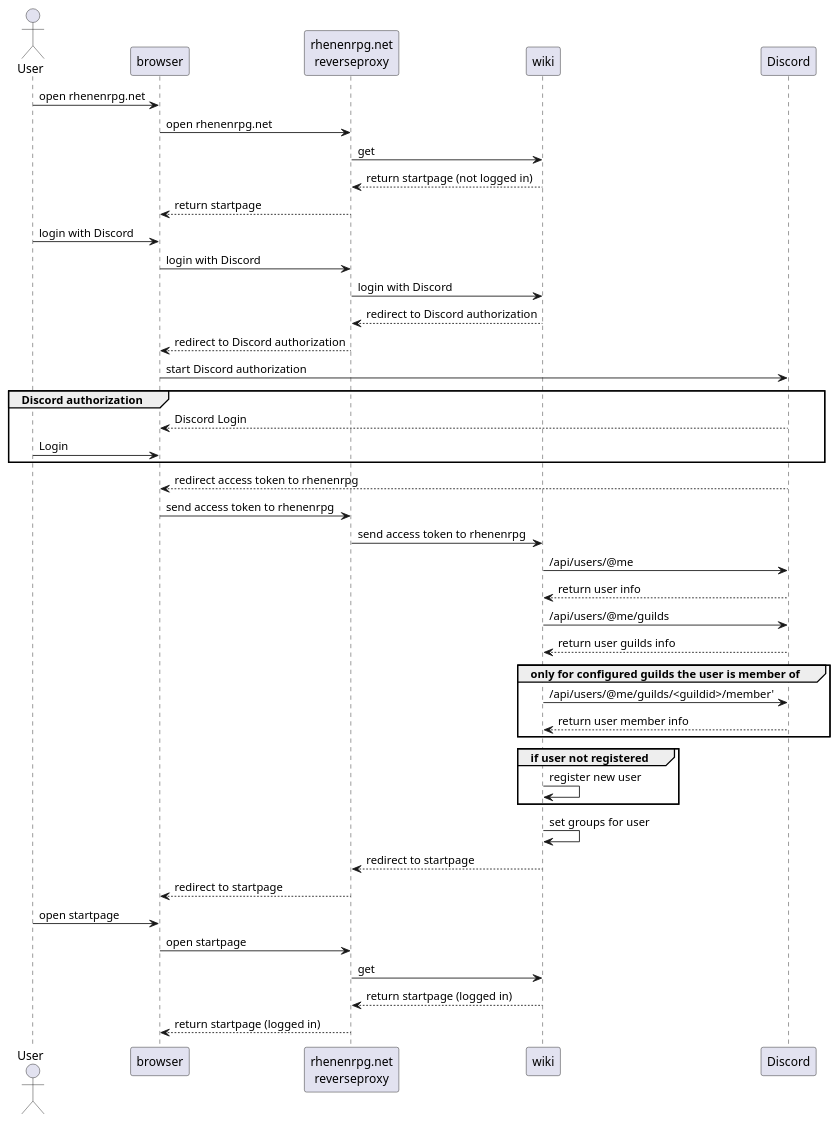
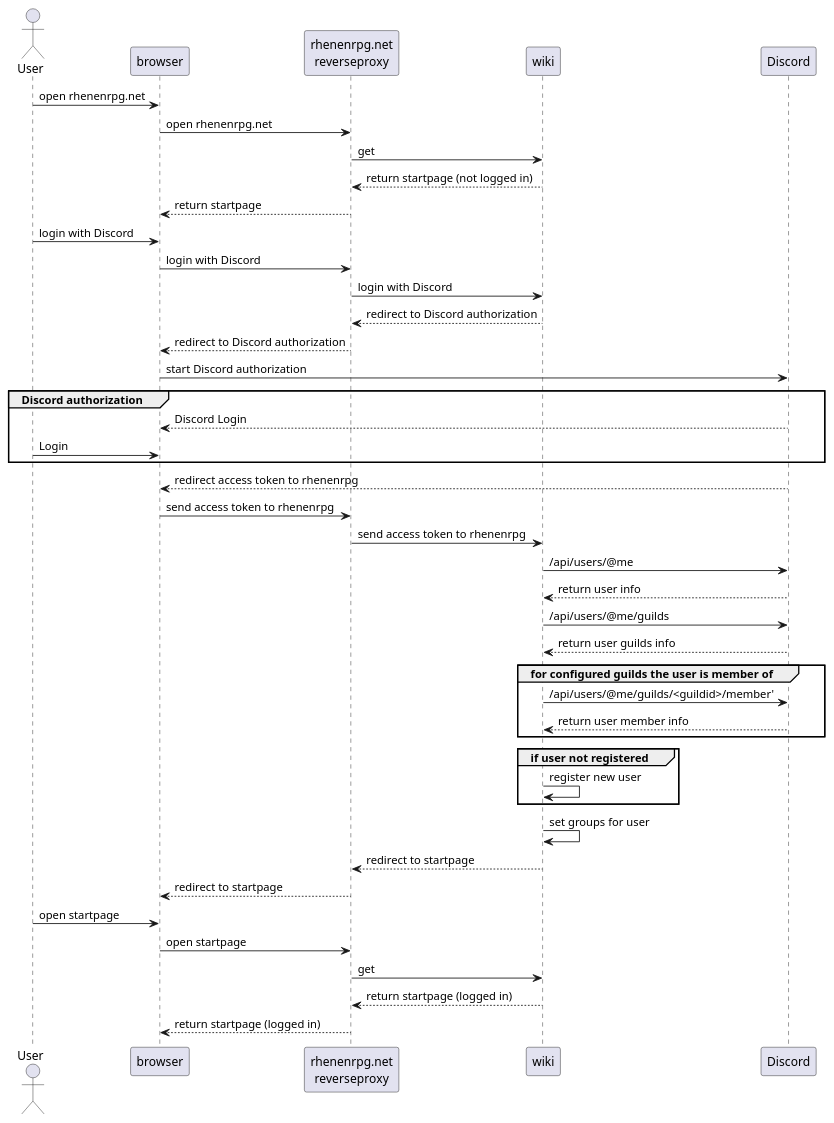
Before and after one commit to rhenenrpg/rhenenrpg.github.io: the diagram in uml/sd-login-oauth-discord.iuml, drawn with PlantUML.

```diff
--- a/uml/sd-login-oauth-discord.iuml
+++ b/uml/sd-login-oauth-discord.iuml
@@ -1,44 +1,44 @@
 @startuml
 actor       User       as user
 participant browser
 participant "rhenenrpg.net\nreverseproxy" as rp
 participant wiki
 participant Discord as discord
 user -> browser  : open rhenenrpg.net
 browser -> rp : open rhenenrpg.net
 rp -> wiki: get
 wiki --> rp: return startpage (not logged in)
 rp --> browser : return startpage
 user -> browser : login with Discord
 browser -> rp: login with Discord
 rp -> wiki: login with Discord
 wiki --> rp: redirect to Discord authorization
 rp --> browser: redirect to Discord authorization
 browser -> discord: start Discord authorization
 group Discord authorization 
 discord --> browser : Discord Login
 user -> browser: Login
 end 
 discord --> browser: redirect access token to rhenenrpg
 browser -> rp: send access token to rhenenrpg
 rp -> wiki: send access token to rhenenrpg
 wiki -> discord: /api/users/@me
 discord --> wiki: return user info
 wiki -> discord: /api/users/@me/guilds
 discord --> wiki: return user guilds info
-group only for configured guilds the user is member of
+group for configured guilds the user is member of
 wiki -> discord: /api/users/@me/guilds/<guildid>/member'
 discord --> wiki: return user member info
 end
 group if user not registered
 wiki -> wiki: register new user
 end
 wiki -> wiki: set groups for user
 wiki --> rp: redirect to startpage
 rp --> browser: redirect to startpage
 user -> browser: open startpage
 browser -> rp : open startpage
 rp -> wiki: get
 wiki --> rp: return startpage (logged in)
 rp --> browser : return startpage (logged in)
 @enduml
```
